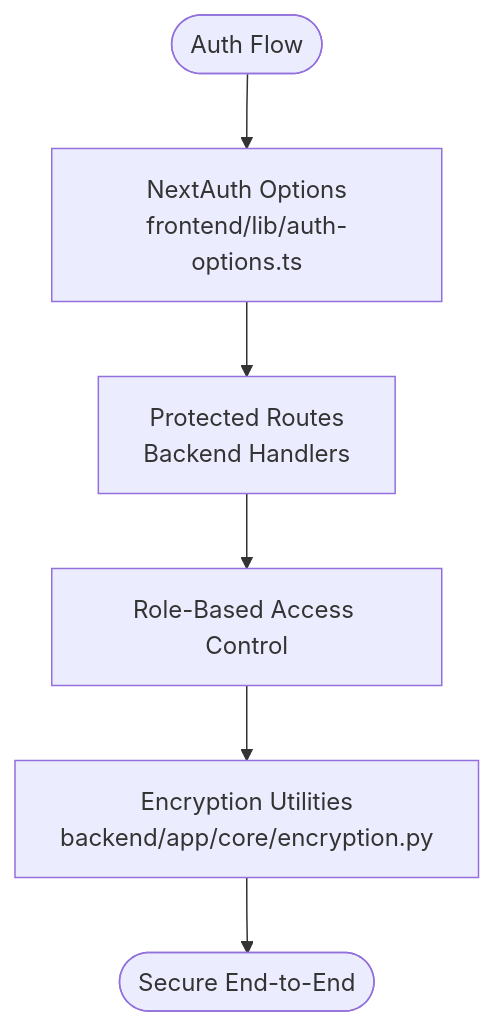
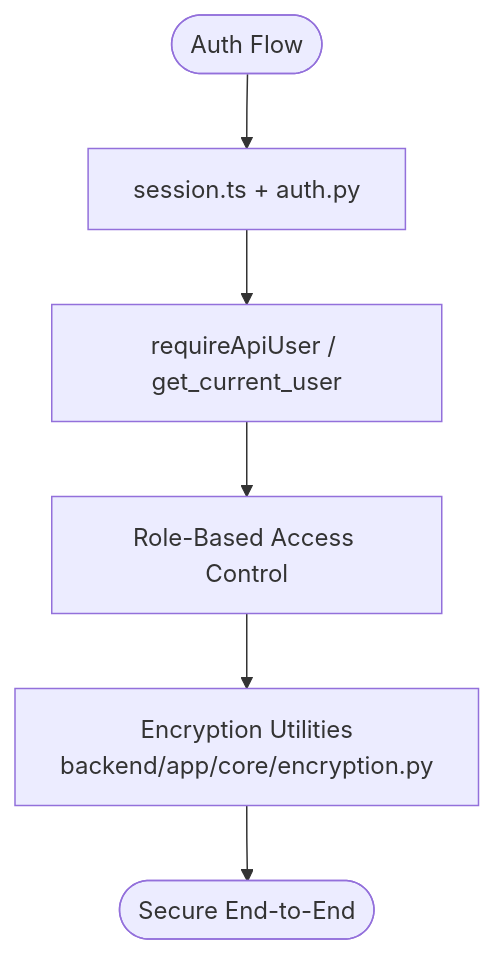
One commit to tashifkhan/tashif.codes changed the fifth of 8 diagrams in src/data/docs/talentsync/Testing Strategy.md. Above: the diagram before and after it, drawn with Mermaid. The commit also changed other lines of this file and 2128 other files, not shown here.

First line of the commit message:
docs: replace raster diagram images with native Mermaid across project guides

````diff
--- a/src/data/docs/talentsync/Testing Strategy.md
+++ b/src/data/docs/talentsync/Testing Strategy.md
@@ -150,8 +147,8 @@
 ```mermaid
 flowchart TD
-AuthStart(["Auth Flow"]) --> NextAuth["NextAuth Options<br/>frontend/lib/auth-options.ts"]
-NextAuth --> ProtectedRoutes["Protected Routes<br/>Backend Handlers"]
+AuthStart(["Auth Flow"]) --> Session["session.ts + auth.py"]
+Session --> ProtectedRoutes["requireApiUser / get_current_user"]
 ProtectedRoutes --> RBAC["Role-Based Access Control"]
 RBAC --> Enc["Encryption Utilities<br/>backend/app/core/encryption.py"]
 Enc --> AuthEnd(["Secure End-to-End"])
 ```
````
